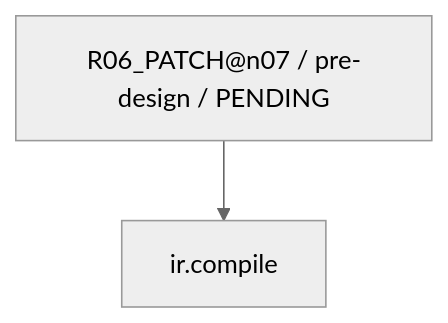
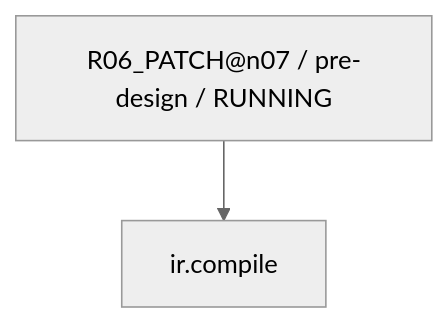
Before and after one commit to rrikunagasige-dot/kyotsu-step-web: the seventh of 14 diagrams in work/items/W-MATH-032-n07-semantic-repair/generated/CAPABILITY_FIRE_DIAGRAM.md, drawn with Mermaid (neutral theme). The commit also changed other lines of this file and 469 other files, not shown here.

````diff
--- a/work/items/W-MATH-032-n07-semantic-repair/generated/CAPABILITY_FIRE_DIAGRAM.md
+++ b/work/items/W-MATH-032-n07-semantic-repair/generated/CAPABILITY_FIRE_DIAGRAM.md
@@ -107,6 +107,6 @@
 ```mermaid
 flowchart TD
-  N0["R06_PATCH@n07 / pre-design / PENDING"]
+  N0["R06_PATCH@n07 / pre-design / RUNNING"]
   N1["ir.compile"]
   N0 --> N1
 ```
````
